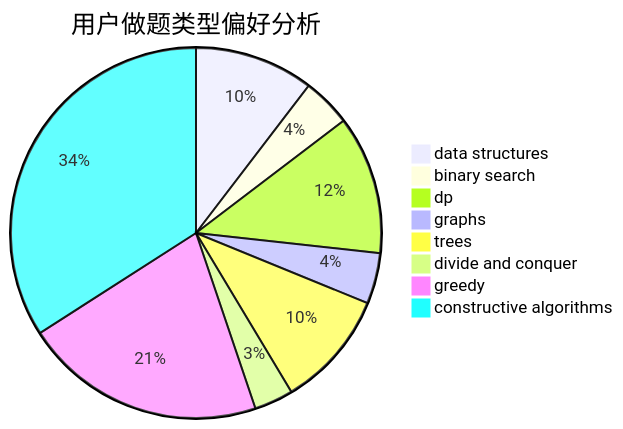
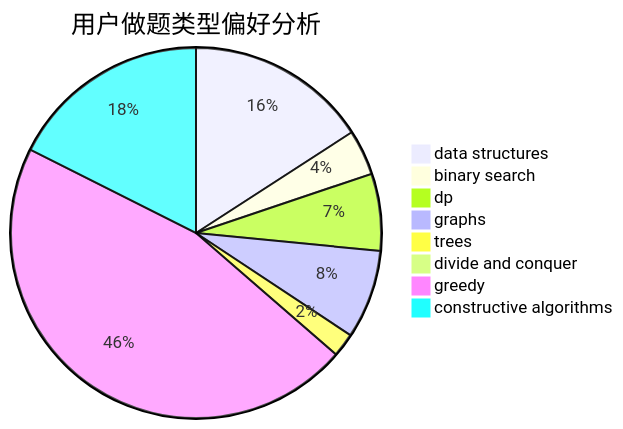
Before and after one commit to sherpahu/cfrs.github.io: the second of 3 diagrams in docs/user/u1949.md, drawn with Mermaid. The commit also changed other lines of this file and 2770 other files, not shown here.

````diff
--- a/docs/user/u1949.md
+++ b/docs/user/u1949.md
@@ -23,11 +23,11 @@
 ```mermaid
 pie title 用户做题类型偏好分析
-    "data structures" :  61
-    "binary search" :  25
-    "dp" :  71
-    "graphs" :  26
-    "trees" :  60
-    "divide and conquer" :  20
-    "greedy" :  124
-    "constructive algorithms" :  200
+    "data structures" :  92
+    "binary search" :  23
+    "dp" :  39
+    "graphs" :  45
+    "trees" :  12
+    "divide and conquer" :  1
+    "greedy" :  267
+    "constructive algorithms" :  102
 ```
````
